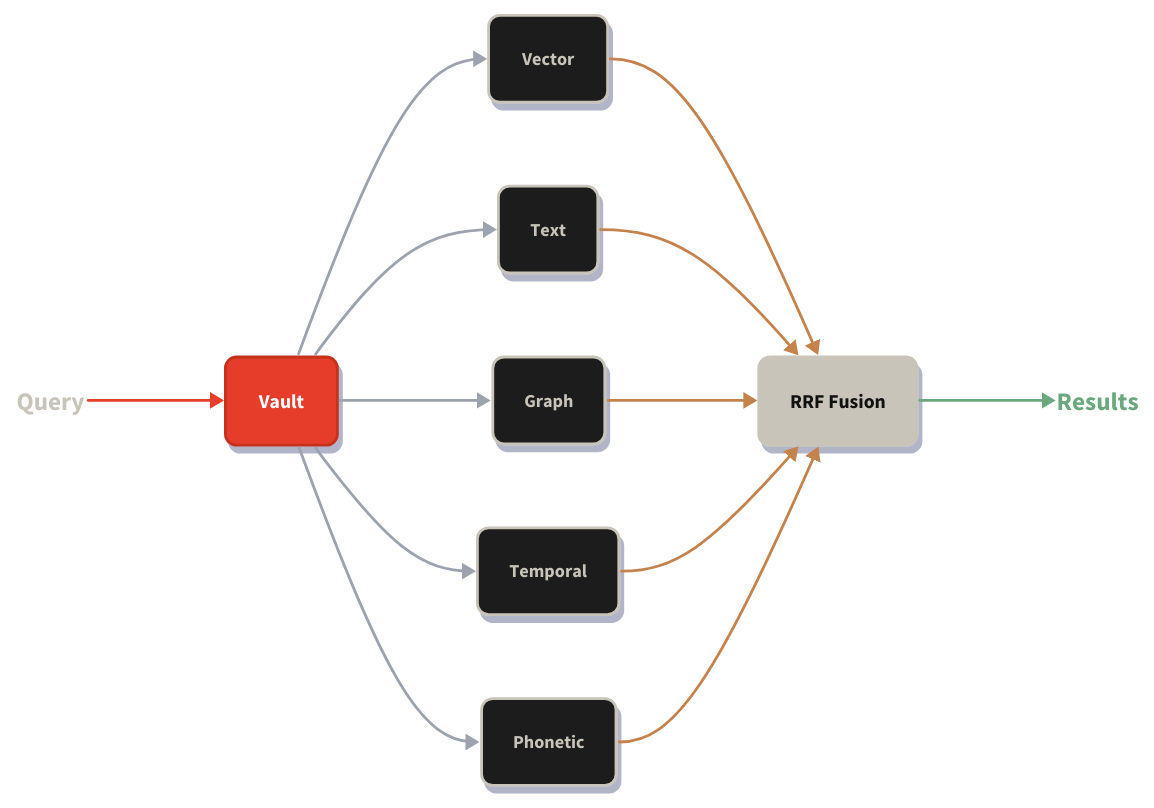
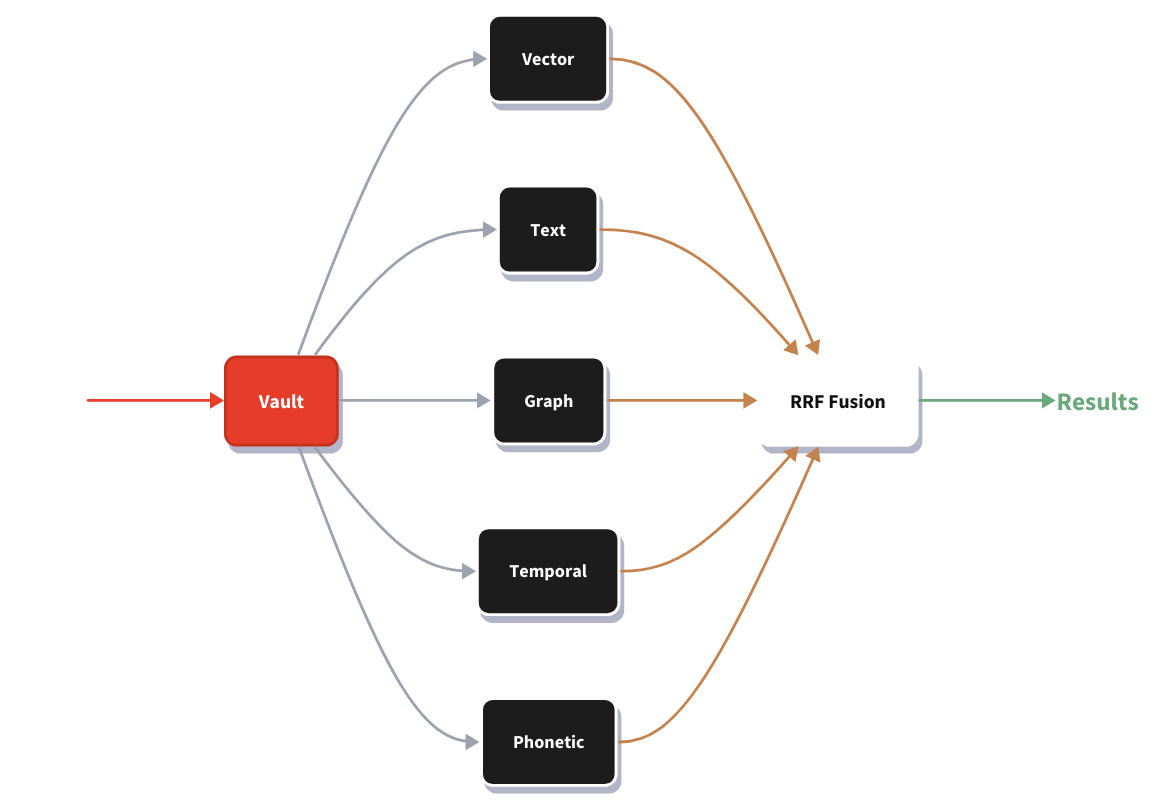
Before and after one commit to oneiron-dev/oneiron: the diagram in docs/architecture-dark.d2, drawn with D2. The commit also changed 8 other files, not shown here.

First line of the commit message:
Cream fills for light storage, white text for dark mode diagrams

```diff
--- a/docs/architecture-dark.d2
+++ b/docs/architecture-dark.d2
@@ -1,101 +1,101 @@
 direction: right
 
 # --- Oneiron dark palette ---
 # accent:  #E63E2A  (vibrant red-orange, same in both modes)
 # ink:     #C8C4BA  (light text on dark)
 # surface: #111111  (dark background)
 # raised:  #1A1A1A  (elevated dark surface)
 # success: #6BA87D  (lighter green)
 # muted:   #9CA3AF  (lighter gray)
 # brown:   #C4824D  (lighter warm accent)
 
 query: Query {
   shape: text
   style.font-size: 18
   style.bold: true
-  style.font-color: "#C8C4BA"
+  style.font-color: "#ffffff"
 }
 
 vault: Vault {
   style.fill: "#E63E2A"
   style.font-color: "#ffffff"
   style.stroke: "#c4321f"
   style.border-radius: 8
   style.font-size: 14
   style.bold: true
   style.shadow: true
 }
 
 vector: Vector {
   style.fill: "#1A1A1A"
-  style.font-color: "#C8C4BA"
-  style.stroke: "#C8C4BA"
+  style.font-color: "#ffffff"
+  style.stroke: "#ffffff"
   style.border-radius: 8
   style.font-size: 13
   style.shadow: true
 }
 text: Text {
   style.fill: "#1A1A1A"
-  style.font-color: "#C8C4BA"
-  style.stroke: "#C8C4BA"
+  style.font-color: "#ffffff"
+  style.stroke: "#ffffff"
   style.border-radius: 8
   style.font-size: 13
   style.shadow: true
 }
 graph: Graph {
   style.fill: "#1A1A1A"
-  style.font-color: "#C8C4BA"
-  style.stroke: "#C8C4BA"
+  style.font-color: "#ffffff"
+  style.stroke: "#ffffff"
   style.border-radius: 8
   style.font-size: 13
   style.shadow: true
 }
 temporal: Temporal {
   style.fill: "#1A1A1A"
-  style.font-color: "#C8C4BA"
-  style.stroke: "#C8C4BA"
+  style.font-color: "#ffffff"
+  style.stroke: "#ffffff"
   style.border-radius: 8
   style.font-size: 13
   style.shadow: true
 }
 phonetic: Phonetic {
   style.fill: "#1A1A1A"
-  style.font-color: "#C8C4BA"
-  style.stroke: "#C8C4BA"
+  style.font-color: "#ffffff"
+  style.stroke: "#ffffff"
   style.border-radius: 8
   style.font-size: 13
   style.shadow: true
 }
 
 fusion: RRF Fusion {
-  style.fill: "#C8C4BA"
+  style.fill: "#ffffff"
   style.font-color: "#111111"
-  style.stroke: "#C8C4BA"
+  style.stroke: "#ffffff"
   style.border-radius: 8
   style.font-size: 14
   style.bold: true
   style.shadow: true
 }
 
 results: Results {
   shape: text
   style.font-size: 18
   style.bold: true
   style.font-color: "#6BA87D"
 }
 
 query -> vault: {style.stroke: "#E63E2A"; style.stroke-width: 2}
 
 vault -> vector: {style.stroke: "#9CA3AF"; style.stroke-width: 2}
 vault -> text: {style.stroke: "#9CA3AF"; style.stroke-width: 2}
 vault -> graph: {style.stroke: "#9CA3AF"; style.stroke-width: 2}
 vault -> temporal: {style.stroke: "#9CA3AF"; style.stroke-width: 2}
 vault -> phonetic: {style.stroke: "#9CA3AF"; style.stroke-width: 2}
 
 vector -> fusion: {style.stroke: "#C4824D"; style.stroke-width: 2}
 text -> fusion: {style.stroke: "#C4824D"; style.stroke-width: 2}
 graph -> fusion: {style.stroke: "#C4824D"; style.stroke-width: 2}
 temporal -> fusion: {style.stroke: "#C4824D"; style.stroke-width: 2}
 phonetic -> fusion: {style.stroke: "#C4824D"; style.stroke-width: 2}
 
 fusion -> results: {style.stroke: "#6BA87D"; style.stroke-width: 2}
```
